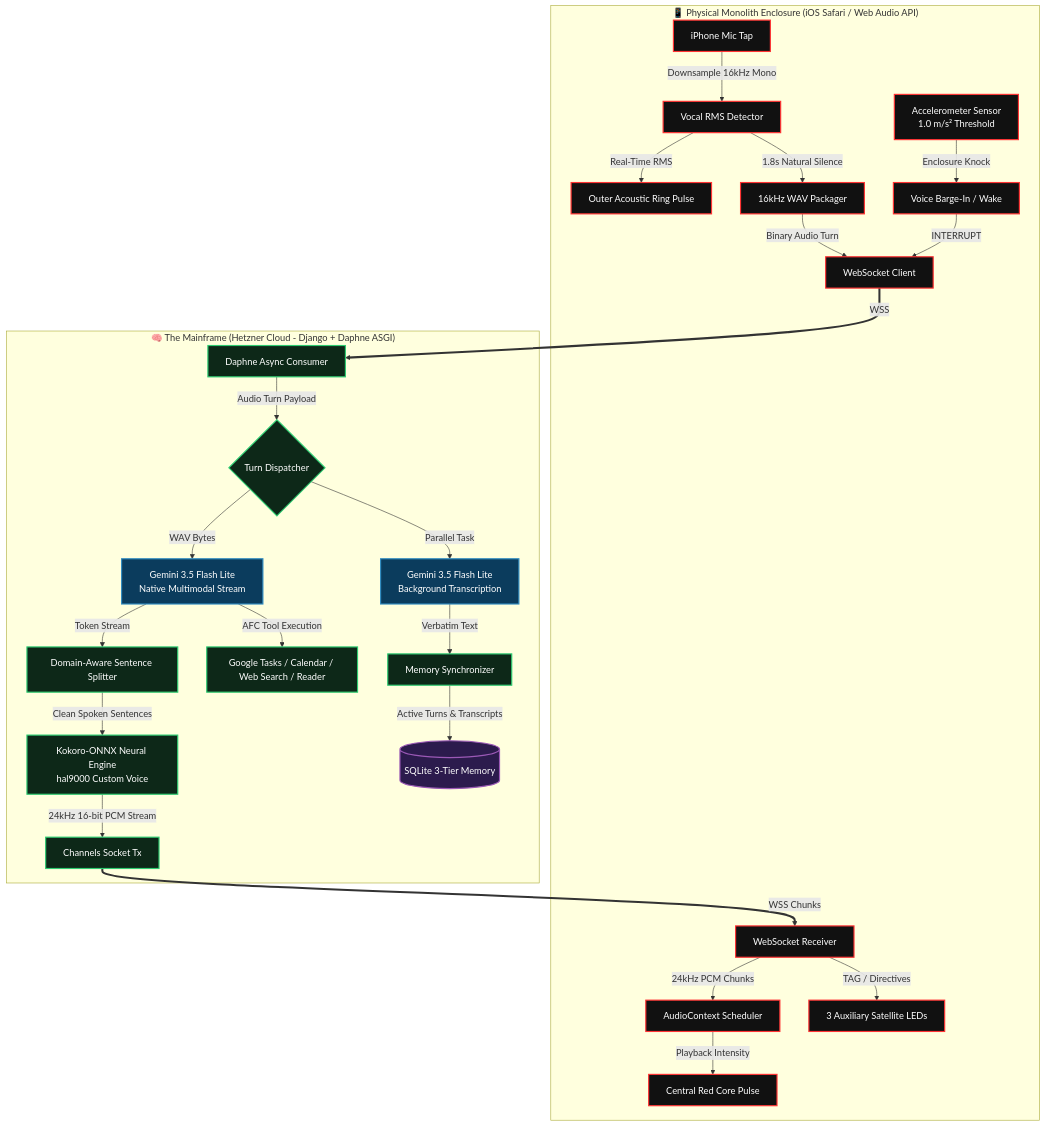
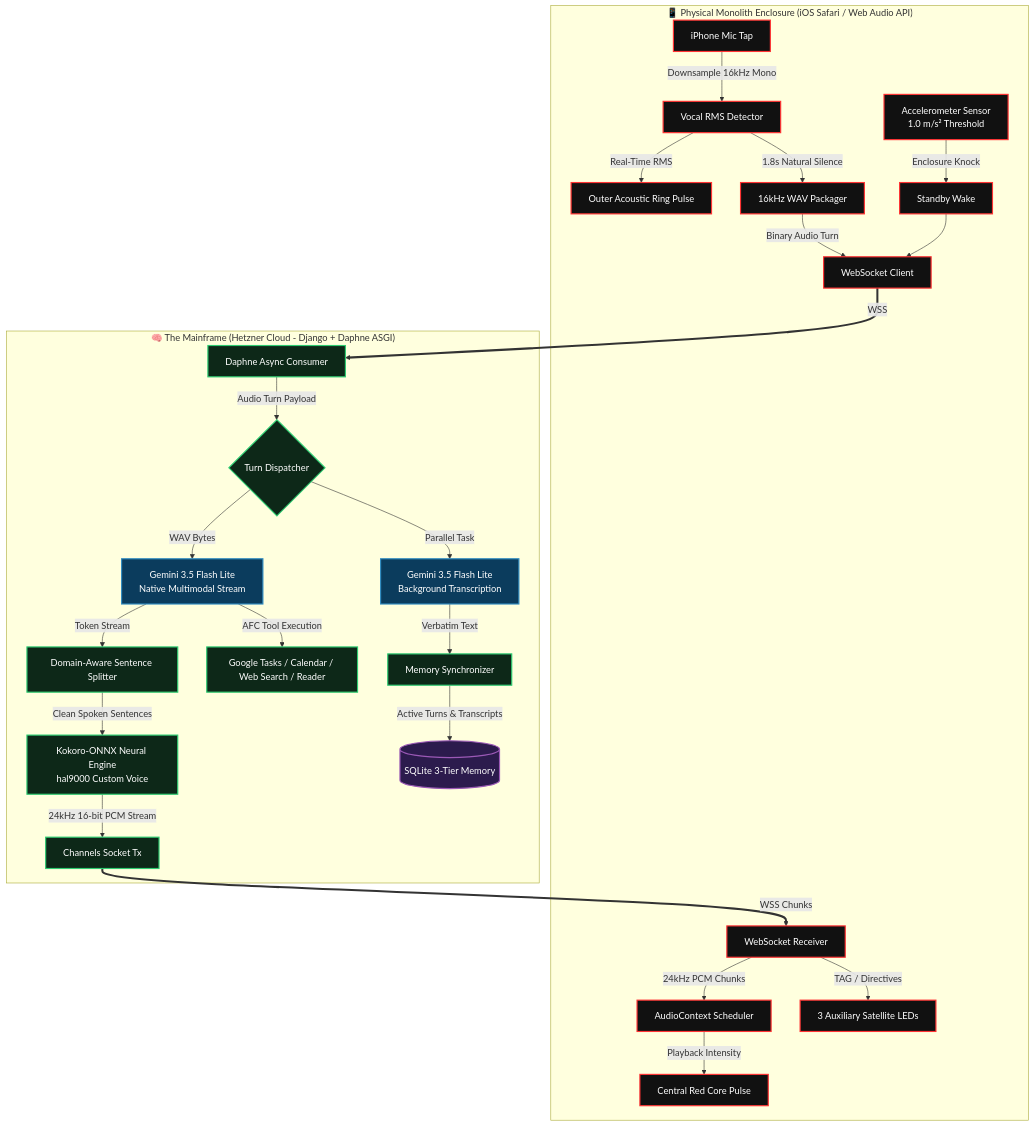
One commit to Fab-Miami/HAL9000 changed the diagram in README.md. Above: the diagram before and after it, drawn with Mermaid. The commit also changed other lines of this file and 8 other files, not shown here.

Commit message:
feat(v9): remove voice/knock barge-in, enforce strict half-duplex gating, and neutralize transcription prompt

````diff
--- a/README.md
+++ b/README.md
@@ -35,42 +35,42 @@
 ```mermaid
 graph TD
     classDef phone fill:#111,stroke:#ff3333,stroke-width:2px,color:#fff;
     classDef server fill:#0d2818,stroke:#2ecc71,stroke-width:2px,color:#fff;
     classDef gemini fill:#0b3c5d,stroke:#328cc1,stroke-width:2px,color:#fff;
     classDef db fill:#2c1b4d,stroke:#9b59b6,stroke-width:2px,color:#fff;
 
     subgraph "📱 Physical Monolith Enclosure (iOS Safari / Web Audio API)"
         MIC[iPhone Mic Tap] -->|Downsample 16kHz Mono| RMS[Vocal RMS Detector]
         RMS -->|Real-Time RMS| RING[Outer Acoustic Ring Pulse]
         RMS -->|1.8s Natural Silence| WAV_GEN[16kHz WAV Packager]
         WAV_GEN -->|Binary Audio Turn| WS_TX[WebSocket Client]
-        KNOCK[Accelerometer Sensor<br>1.0 m/s² Threshold] -->|Enclosure Knock| BARGE_IN[Voice Barge-In / Wake]
-        BARGE_IN -->|INTERRUPT| WS_TX
+        KNOCK[Accelerometer Sensor<br>1.0 m/s² Threshold] -->|Enclosure Knock| WAKE_EV[Standby Wake]
+        WAKE_EV --> WS_TX
         WS_RX[WebSocket Receiver] -->|24kHz PCM Chunks| SPK[AudioContext Scheduler]
         SPK -->|Playback Intensity| EYE[Central Red Core Pulse]
         WS_RX -->|TAG / Directives| LED3[3 Auxiliary Satellite LEDs]
     end
 
     subgraph "🧠 The Mainframe (Hetzner Cloud - Django + Daphne ASGI)"
         WS_TX ==>|WSS| ASGI[Daphne Async Consumer]
         ASGI -->|Audio Turn Payload| DISPATCH{Turn Dispatcher}
         
         DISPATCH -->|WAV Bytes| GEM_STREAM[Gemini 3.5 Flash Lite<br>Native Multimodal Stream]
         DISPATCH -->|Parallel Task| GEM_TRANSCRIBE[Gemini 3.5 Flash Lite<br>Background Transcription]
         
         GEM_STREAM -->|Token Stream| SENTENCE[Domain-Aware Sentence Splitter]
         SENTENCE -->|Clean Spoken Sentences| KOKORO[Kokoro-ONNX Neural Engine<br>hal9000 Custom Voice]
         KOKORO -->|24kHz 16-bit PCM Stream| WS_TX_SRV[Channels Socket Tx]
         WS_TX_SRV ==>|WSS Chunks| WS_RX
         
         GEM_STREAM -->|AFC Tool Execution| TOOLS[Google Tasks / Calendar / Web Search / Reader]
         
         GEM_TRANSCRIBE -->|Verbatim Text| MEM_SYNC[Memory Synchronizer]
         MEM_SYNC -->|Active Turns & Transcripts| SQLITE[(SQLite 3-Tier Memory)]
     end
 
-    class MIC,RMS,RING,WAV_GEN,WS_TX,KNOCK,BARGE_IN,WS_RX,SPK,EYE,LED3 phone;
+    class MIC,RMS,RING,WAV_GEN,WS_TX,KNOCK,WAKE_EV,WS_RX,SPK,EYE,LED3 phone;
     class ASGI,DISPATCH,SENTENCE,KOKORO,WS_TX_SRV,TOOLS,MEM_SYNC server;
     class GEM_STREAM,GEM_TRANSCRIBE gemini;
     class SQLITE db;
 ```
````
